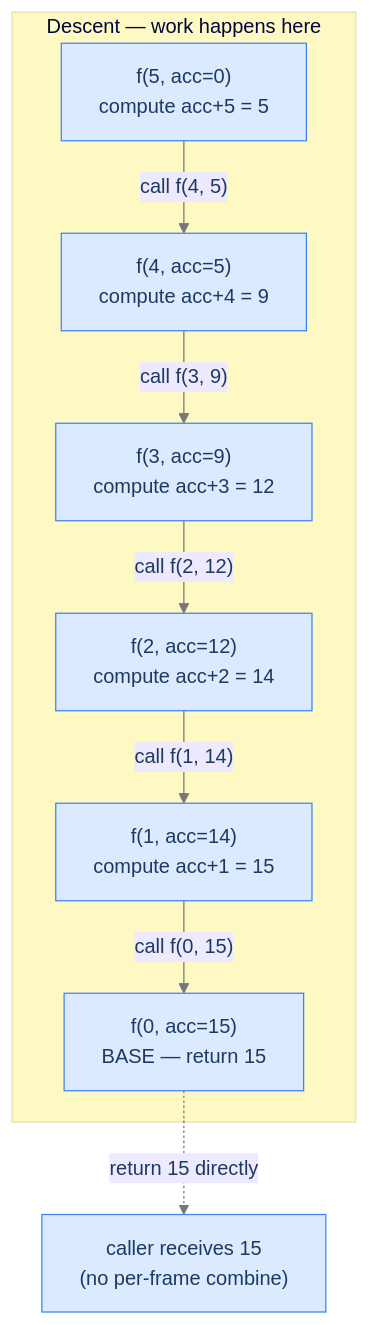
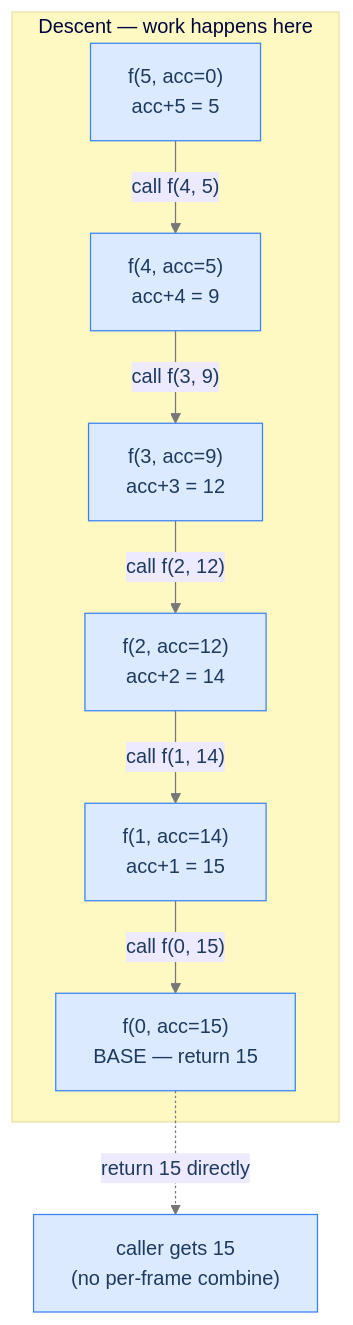
The first of 2 diagrams in content/cortex/data-structures-and-algorithms/05-algorithms-by-strategy/01-recursion/06-pattern-tail-recursion/01-pattern.md (ani2fun/codefolio), drawn with Mermaid before and after one commit. The commit also changed other lines of this file and 1049 other files, not shown here.

````diff
--- a/content/cortex/data-structures-and-algorithms/05-algorithms-by-strategy/01-recursion/06-pattern-tail-recursion/01-pattern.md
+++ b/content/cortex/data-structures-and-algorithms/05-algorithms-by-strategy/01-recursion/06-pattern-tail-recursion/01-pattern.md
@@ -31,22 +19,22 @@
 ```mermaid
 ---
 config:
   theme: base
   themeVariables:
     primaryColor: "#dbeafe"
     primaryBorderColor: "#3b82f6"
     primaryTextColor: "#1e3a5f"
     lineColor: "#777777"
     secondaryColor: "#ede9fe"
     tertiaryColor: "#fef9c3"
 ---
 flowchart TB
   subgraph DOWN["Descent — work happens here"]
-    F5["f(5, acc=0)<br/>compute acc+5 = 5"] -->|"call f(4, 5)"| F4["f(4, acc=5)<br/>compute acc+4 = 9"]
-    F4 -->|"call f(3, 9)"| F3["f(3, acc=9)<br/>compute acc+3 = 12"]
-    F3 -->|"call f(2, 12)"| F2["f(2, acc=12)<br/>compute acc+2 = 14"]
-    F2 -->|"call f(1, 14)"| F1["f(1, acc=14)<br/>compute acc+1 = 15"]
+    F5["f(5, acc=0)<br/>acc+5 = 5"] -->|"call f(4, 5)"| F4["f(4, acc=5)<br/>acc+4 = 9"]
+    F4 -->|"call f(3, 9)"| F3["f(3, acc=9)<br/>acc+3 = 12"]
+    F3 -->|"call f(2, 12)"| F2["f(2, acc=12)<br/>acc+2 = 14"]
+    F2 -->|"call f(1, 14)"| F1["f(1, acc=14)<br/>acc+1 = 15"]
     F1 -->|"call f(0, 15)"| F0["f(0, acc=15)<br/>BASE — return 15"]
   end
-  F0 -.->|"return 15 directly"| DONE["caller receives 15<br/>(no per-frame combine)"]
+  F0 -.->|"return 15 directly"| DONE["caller gets 15<br/>(no per-frame combine)"]
 ```
````
